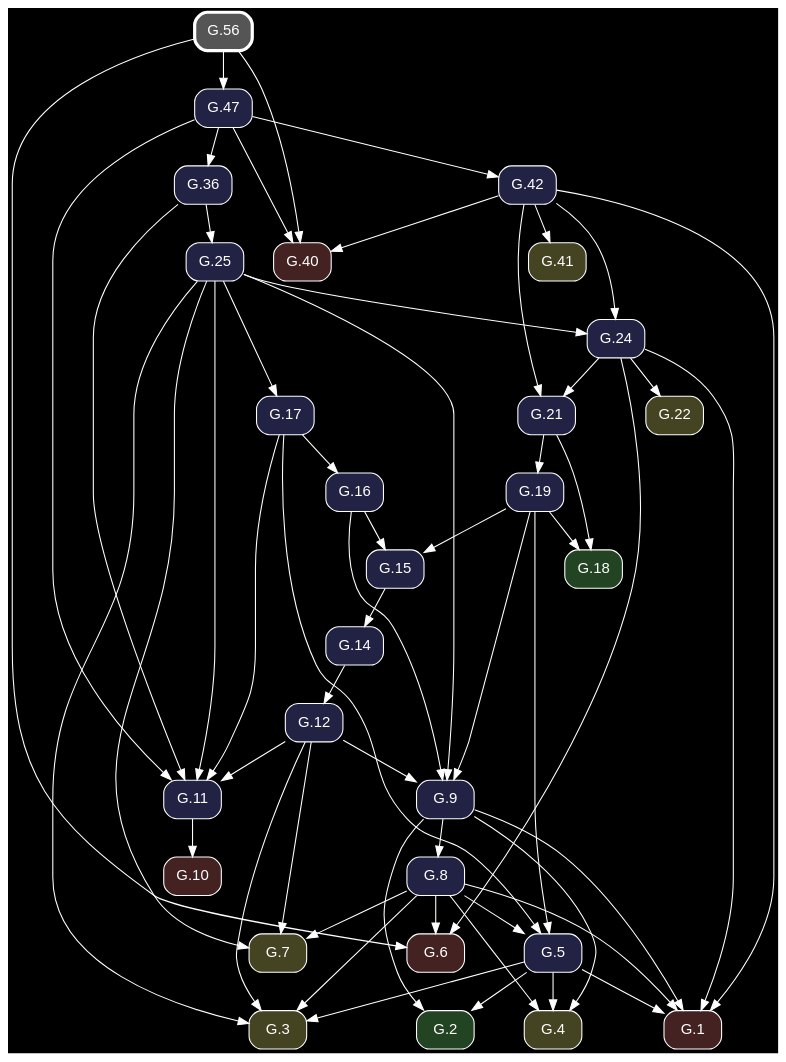
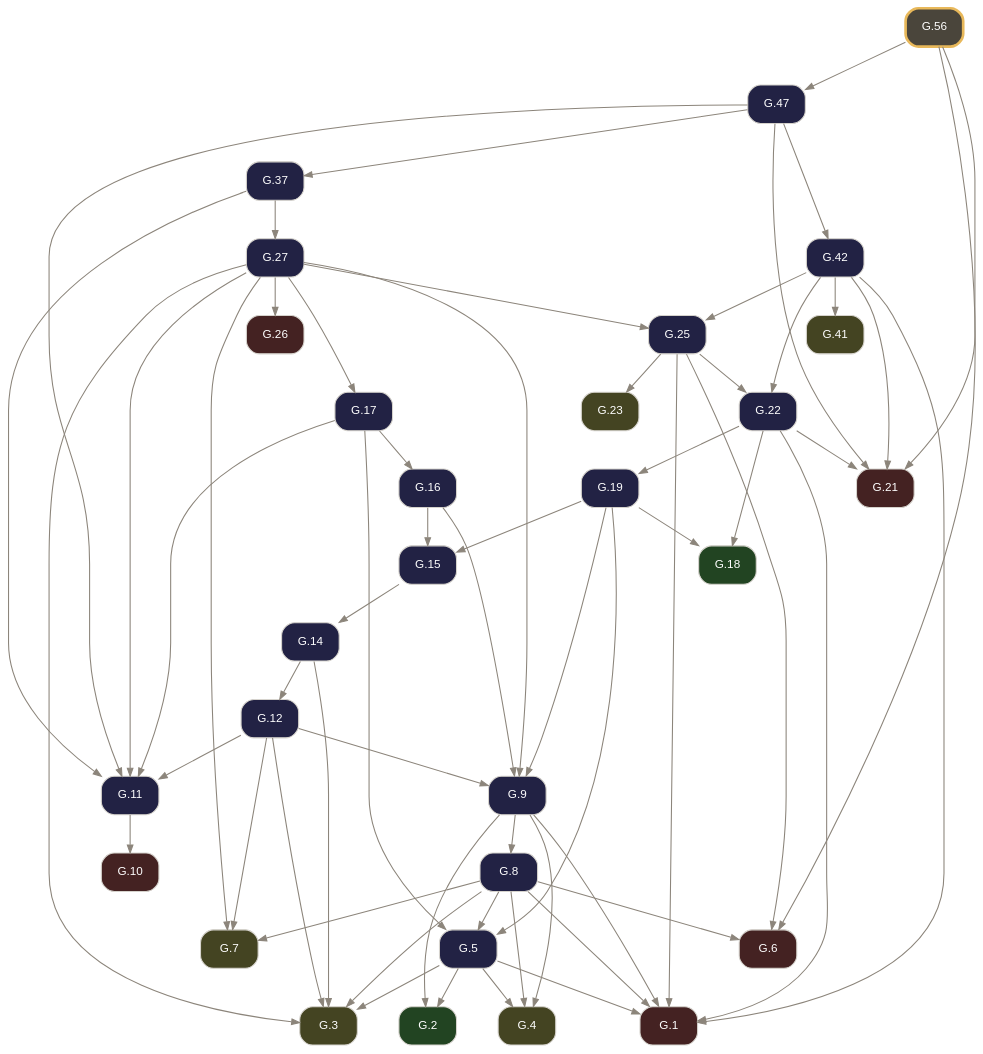
The diagram in docsrc/elements2/G.56/index.rst (geometor/elements), drawn with Graphviz before and after one commit. The commit also changed other lines of this file and 261 other files, not shown here.

Commit message:
feat: rebuild Elements 2.0 G-Index pipeline from composed Euclid Heath edition (v0.3.0)

```diff
--- a/docsrc/elements2/G.56/index.rst
+++ b/docsrc/elements2/G.56/index.rst
@@ -70,92 +63,97 @@
 .. graphviz::
 
    digraph {
-     bgcolor="black";
-     node [shape=box, style="rounded,filled", fontname="Helvetica", color="white", fontcolor="white"];
-     edge [color="white", fontcolor="white"];
+     bgcolor="transparent";
+     node [shape=box, style="rounded,filled", fontname="Helvetica", fontsize=11, color="#d6d3cd", fontcolor="#ffffff"];
+     edge [color="#8c857b", fontcolor="#8c857b", arrowsize=0.75];
      rankdir="TB";
-     "G.56" [label="G.56", penwidth=3, color="white", fillcolor="#555555", URL="/elements2/G.56/", target="_top"];
-     "G.6" [label="G.6", fillcolor="#442222", URL="/elements2/G.6/", target="_top"];
-     "G.19" [label="G.19", fillcolor="#222244", URL="/elements2/G.19/", target="_top"];
-     "G.21" [label="G.21", fillcolor="#222244", URL="/elements2/G.21/", target="_top"];
-     "G.24" [label="G.24", fillcolor="#222244", URL="/elements2/G.24/", target="_top"];
-     "G.10" [label="G.10", fillcolor="#442222", URL="/elements2/G.10/", target="_top"];
-     "G.7" [label="G.7", fillcolor="#444422", URL="/elements2/G.7/", target="_top"];
-     "G.42" [label="G.42", fillcolor="#222244", URL="/elements2/G.42/", target="_top"];
-     "G.17" [label="G.17", fillcolor="#222244", URL="/elements2/G.17/", target="_top"];
-     "G.3" [label="G.3", fillcolor="#444422", URL="/elements2/G.3/", target="_top"];
-     "G.15" [label="G.15", fillcolor="#222244", URL="/elements2/G.15/", target="_top"];
-     "G.5" [label="G.5", fillcolor="#222244", URL="/elements2/G.5/", target="_top"];
-     "G.41" [label="G.41", fillcolor="#444422", URL="/elements2/G.41/", target="_top"];
-     "G.1" [label="G.1", fillcolor="#442222", URL="/elements2/G.1/", target="_top"];
-     "G.2" [label="G.2", fillcolor="#224422", URL="/elements2/G.2/", target="_top"];
-     "G.12" [label="G.12", fillcolor="#222244", URL="/elements2/G.12/", target="_top"];
-     "G.22" [label="G.22", fillcolor="#444422", URL="/elements2/G.22/", target="_top"];
-     "G.14" [label="G.14", fillcolor="#222244", URL="/elements2/G.14/", target="_top"];
-     "G.8" [label="G.8", fillcolor="#222244", URL="/elements2/G.8/", target="_top"];
-     "G.36" [label="G.36", fillcolor="#222244", URL="/elements2/G.36/", target="_top"];
-     "G.25" [label="G.25", fillcolor="#222244", URL="/elements2/G.25/", target="_top"];
-     "G.9" [label="G.9", fillcolor="#222244", URL="/elements2/G.9/", target="_top"];
-     "G.18" [label="G.18", fillcolor="#224422", URL="/elements2/G.18/", target="_top"];
-     "G.11" [label="G.11", fillcolor="#222244", URL="/elements2/G.11/", target="_top"];
-     "G.40" [label="G.40", fillcolor="#442222", URL="/elements2/G.40/", target="_top"];
-     "G.4" [label="G.4", fillcolor="#444422", URL="/elements2/G.4/", target="_top"];
-     "G.16" [label="G.16", fillcolor="#222244", URL="/elements2/G.16/", target="_top"];
-     "G.47" [label="G.47", fillcolor="#222244", URL="/elements2/G.47/", target="_top"];
-     "G.24" -> "G.6";
-     "G.8" -> "G.6";
-     "G.56" -> "G.6";
-     "G.21" -> "G.19";
-     "G.24" -> "G.21";
-     "G.42" -> "G.21";
-     "G.25" -> "G.24";
-     "G.42" -> "G.24";
-     "G.11" -> "G.10";
-     "G.25" -> "G.7";
-     "G.8" -> "G.7";
-     "G.12" -> "G.7";
-     "G.47" -> "G.42";
-     "G.25" -> "G.17";
+     "G.1" [label="G.1", tooltip="G.1 (I.cn.1)", fillcolor="#442222", URL="../G.1/index.html", target="_top"];
+     "G.2" [label="G.2", tooltip="G.2 (I.def.15)", fillcolor="#224422", URL="../G.2/index.html", target="_top"];
+     "G.3" [label="G.3", tooltip="G.3 (I.post.1)", fillcolor="#444422", URL="../G.3/index.html", target="_top"];
+     "G.4" [label="G.4", tooltip="G.4 (I.post.3)", fillcolor="#444422", URL="../G.4/index.html", target="_top"];
+     "G.5" [label="G.5", tooltip="G.5 (I.1)", fillcolor="#222244", URL="../G.5/index.html", target="_top"];
+     "G.6" [label="G.6", tooltip="G.6 (I.cn.3)", fillcolor="#442222", URL="../G.6/index.html", target="_top"];
+     "G.7" [label="G.7", tooltip="G.7 (I.post.2)", fillcolor="#444422", URL="../G.7/index.html", target="_top"];
+     "G.8" [label="G.8", tooltip="G.8 (I.2)", fillcolor="#222244", URL="../G.8/index.html", target="_top"];
+     "G.9" [label="G.9", tooltip="G.9 (I.3)", fillcolor="#222244", URL="../G.9/index.html", target="_top"];
+     "G.10" [label="G.10", tooltip="G.10 (I.cn.4)", fillcolor="#442222", URL="../G.10/index.html", target="_top"];
+     "G.11" [label="G.11", tooltip="G.11 (I.4)", fillcolor="#222244", URL="../G.11/index.html", target="_top"];
+     "G.12" [label="G.12", tooltip="G.12 (I.5)", fillcolor="#222244", URL="../G.12/index.html", target="_top"];
+     "G.14" [label="G.14", tooltip="G.14 (I.7)", fillcolor="#222244", URL="../G.14/index.html", target="_top"];
+     "G.15" [label="G.15", tooltip="G.15 (I.8)", fillcolor="#222244", URL="../G.15/index.html", target="_top"];
+     "G.16" [label="G.16", tooltip="G.16 (I.9)", fillcolor="#222244", URL="../G.16/index.html", target="_top"];
+     "G.17" [label="G.17", tooltip="G.17 (I.10)", fillcolor="#222244", URL="../G.17/index.html", target="_top"];
+     "G.18" [label="G.18", tooltip="G.18 (I.def.10)", fillcolor="#224422", URL="../G.18/index.html", target="_top"];
+     "G.19" [label="G.19", tooltip="G.19 (I.11)", fillcolor="#222244", URL="../G.19/index.html", target="_top"];
+     "G.21" [label="G.21", tooltip="G.21 (I.cn.2)", fillcolor="#442222", URL="../G.21/index.html", target="_top"];
+     "G.22" [label="G.22", tooltip="G.22 (I.13)", fillcolor="#222244", URL="../G.22/index.html", target="_top"];
+     "G.23" [label="G.23", tooltip="G.23 (I.post.4)", fillcolor="#444422", URL="../G.23/index.html", target="_top"];
+     "G.25" [label="G.25", tooltip="G.25 (I.15)", fillcolor="#222244", URL="../G.25/index.html", target="_top"];
+     "G.26" [label="G.26", tooltip="G.26 (I.cn.5)", fillcolor="#442222", URL="../G.26/index.html", target="_top"];
+     "G.27" [label="G.27", tooltip="G.27 (I.16)", fillcolor="#222244", URL="../G.27/index.html", target="_top"];
+     "G.37" [label="G.37", tooltip="G.37 (I.26)", fillcolor="#222244", URL="../G.37/index.html", target="_top"];
+     "G.41" [label="G.41", tooltip="G.41 (I.post.5)", fillcolor="#444422", URL="../G.41/index.html", target="_top"];
+     "G.42" [label="G.42", tooltip="G.42 (I.29)", fillcolor="#222244", URL="../G.42/index.html", target="_top"];
+     "G.47" [label="G.47", tooltip="G.47 (I.34)", fillcolor="#222244", URL="../G.47/index.html", target="_top"];
+     "G.56" [label="G.56", tooltip="G.56 (I.43)", penwidth=2.5, color="#e8b85a", fillcolor="#4a453b", URL="index.html", target="_top"];
+     "G.5" -> "G.1";
+     "G.8" -> "G.1";
+     "G.9" -> "G.1";
+     "G.22" -> "G.1";
+     "G.25" -> "G.1";
+     "G.42" -> "G.1";
+     "G.5" -> "G.2";
+     "G.9" -> "G.2";
      "G.5" -> "G.3";
-     "G.25" -> "G.3";
      "G.8" -> "G.3";
      "G.12" -> "G.3";
-     "G.19" -> "G.15";
-     "G.16" -> "G.15";
-     "G.19" -> "G.5";
-     "G.8" -> "G.5";
-     "G.17" -> "G.5";
-     "G.42" -> "G.41";
-     "G.5" -> "G.1";
-     "G.24" -> "G.1";
-     "G.8" -> "G.1";
-     "G.42" -> "G.1";
-     "G.9" -> "G.1";
-     "G.5" -> "G.2";
-     "G.9" -> "G.2";
-     "G.14" -> "G.12";
-     "G.24" -> "G.22";
-     "G.15" -> "G.14";
-     "G.9" -> "G.8";
-     "G.47" -> "G.36";
-     "G.36" -> "G.25";
-     "G.19" -> "G.9";
-     "G.25" -> "G.9";
-     "G.16" -> "G.9";
-     "G.12" -> "G.9";
-     "G.19" -> "G.18";
-     "G.21" -> "G.18";
-     "G.36" -> "G.11";
-     "G.47" -> "G.11";
-     "G.25" -> "G.11";
-     "G.17" -> "G.11";
-     "G.12" -> "G.11";
-     "G.47" -> "G.40";
-     "G.56" -> "G.40";
-     "G.42" -> "G.40";
+     "G.14" -> "G.3";
+     "G.27" -> "G.3";
      "G.5" -> "G.4";
      "G.8" -> "G.4";
      "G.9" -> "G.4";
+     "G.8" -> "G.5";
+     "G.17" -> "G.5";
+     "G.19" -> "G.5";
+     "G.8" -> "G.6";
+     "G.25" -> "G.6";
+     "G.56" -> "G.6";
+     "G.8" -> "G.7";
+     "G.12" -> "G.7";
+     "G.27" -> "G.7";
+     "G.9" -> "G.8";
+     "G.12" -> "G.9";
+     "G.16" -> "G.9";
+     "G.19" -> "G.9";
+     "G.27" -> "G.9";
+     "G.11" -> "G.10";
+     "G.12" -> "G.11";
+     "G.17" -> "G.11";
+     "G.27" -> "G.11";
+     "G.37" -> "G.11";
+     "G.47" -> "G.11";
+     "G.14" -> "G.12";
+     "G.15" -> "G.14";
+     "G.16" -> "G.15";
+     "G.19" -> "G.15";
      "G.17" -> "G.16";
+     "G.27" -> "G.17";
+     "G.19" -> "G.18";
+     "G.22" -> "G.18";
+     "G.22" -> "G.19";
+     "G.22" -> "G.21";
+     "G.42" -> "G.21";
+     "G.47" -> "G.21";
+     "G.56" -> "G.21";
+     "G.25" -> "G.22";
+     "G.42" -> "G.22";
+     "G.25" -> "G.23";
+     "G.27" -> "G.25";
+     "G.42" -> "G.25";
+     "G.27" -> "G.26";
+     "G.37" -> "G.27";
+     "G.47" -> "G.37";
+     "G.42" -> "G.41";
+     "G.47" -> "G.42";
      "G.56" -> "G.47";
    }
```
